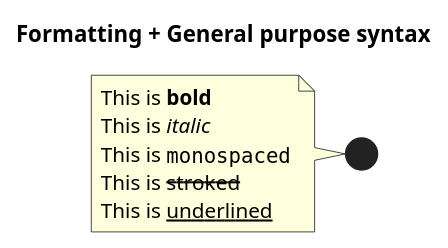
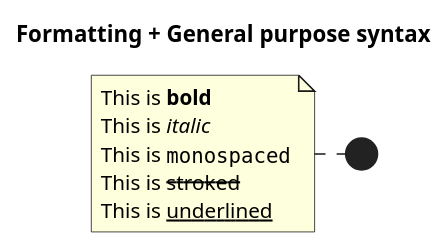
The fourth of 23 diagrams in uml_markdown_summary.md (chraxo/UmlMarkdownCheatSheet), drawn with PlantUML before and after one commit. The commit also changed other lines of this file, not shown here.

Commit message:
class diagram: further improvement

```diff
--- a/uml_markdown_summary.md
+++ b/uml_markdown_summary.md
@@ -76,19 +105,22 @@
 @startuml
 
-title Formatting + General purpose syntax
+    ' Choose the "strictuml" style to more comply with the UML specification
+    skinparam style strictuml
 
-' This is a (one line) comment. This line will be ignored by plantUML.
+    title Formatting + General purpose syntax
 
-/' This is ...
-   ... a multiline comment.
-'/
+    ' This is a (one line) comment. This line will be ignored by plantUML.
 
-note left
-    This is **bold**
-    This is //italic//
-    This is ""monospaced""
-    This is --stroked--
-    This is __underlined__
-end note
+    /' This is ...
+       ... a multiline comment.
+    '/
+
+    note left
+        This is **bold**
+        This is //italic//
+        This is ""monospaced""
+        This is --stroked--
+        This is __underlined__
+    end note
 
 @enduml
```
